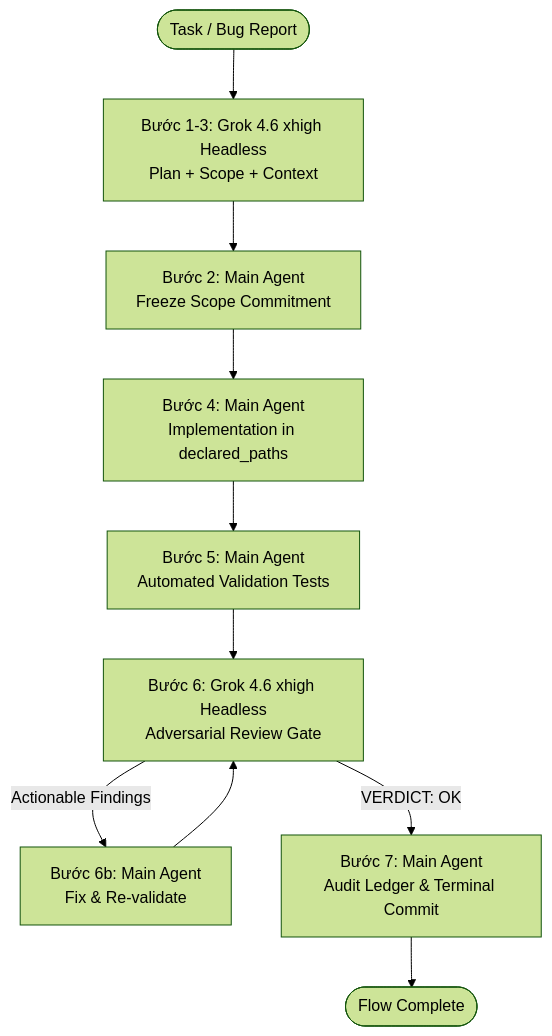
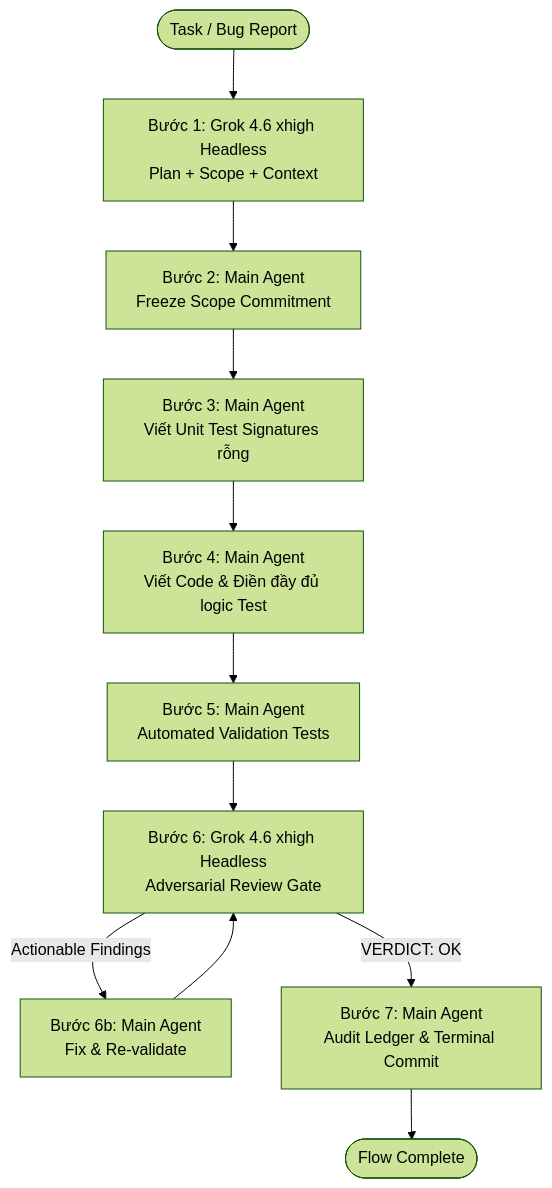
Before and after one commit to dattien96/flowpilot: the diagram in apps/local-runner/internal/skillpack/flow-pack/common/flow-mode-orchestrator/SKILL.md, drawn with Mermaid (forest theme). The commit also changed other lines of this file and 3 other files, not shown here.

Commit message:
[Feature]: [skillpack] Add TDD signature step & test completion to skill

````diff
--- a/apps/local-runner/internal/skillpack/flow-pack/common/flow-mode-orchestrator/SKILL.md
+++ b/apps/local-runner/internal/skillpack/flow-pack/common/flow-mode-orchestrator/SKILL.md
@@ -39,12 +40,13 @@
 ```mermaid
 flowchart TD
-    User([Task / Bug Report]) --> Step1[Bước 1-3: Grok 4.6 xhigh Headless<br/>Plan + Scope + Context]
+    User([Task / Bug Report]) --> Step1[Bước 1: Grok 4.6 xhigh Headless<br/>Plan + Scope + Context]
     Step1 --> Step2[Bước 2: Main Agent<br/>Freeze Scope Commitment]
-    Step2 --> Step4[Bước 4: Main Agent<br/>Implementation in declared_paths]
+    Step2 --> Step3[Bước 3: Main Agent<br/>Viết Unit Test Signatures rỗng]
+    Step3 --> Step4[Bước 4: Main Agent<br/>Viết Code & Điền đầy đủ logic Test]
     Step4 --> Step5[Bước 5: Main Agent<br/>Automated Validation Tests]
     Step5 --> Step6[Bước 6: Grok 4.6 xhigh Headless<br/>Adversarial Review Gate]
     Step6 -- Actionable Findings --> Step6b[Bước 6b: Main Agent<br/>Fix & Re-validate]
     Step6b --> Step6
     Step6 -- VERDICT: OK --> Step7[Bước 7: Main Agent<br/>Audit Ledger & Terminal Commit]
     Step7 --> Done([Flow Complete])
 ```
````
